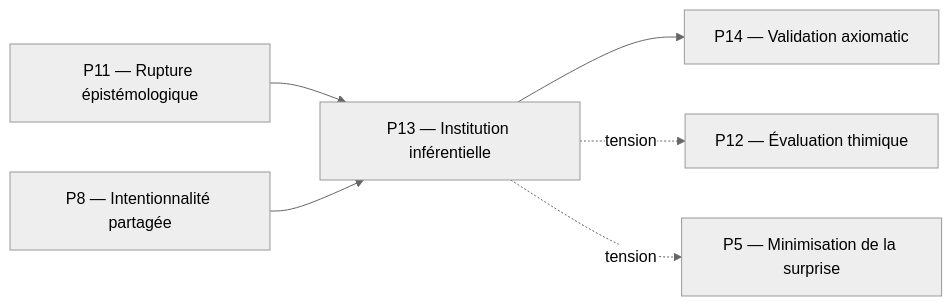
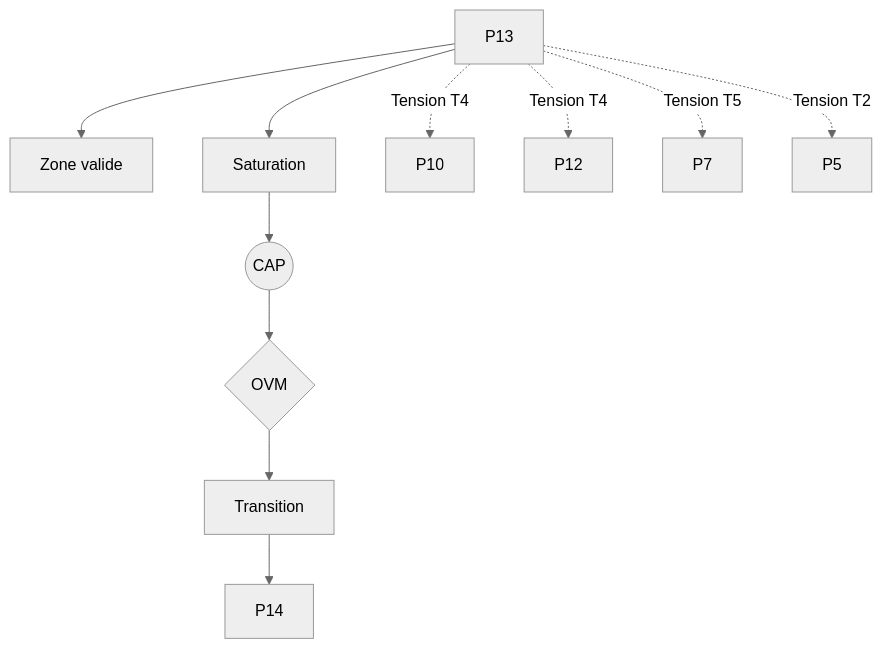
One commit to newgeko/protokin changed the diagram in piliers/P13_institution_inferentielle_brandom.md. Above: the diagram before and after it, drawn with Mermaid (neutral theme). The commit also changed other lines of this file, not shown here.

````diff
--- a/piliers/P13_institution_inferentielle_brandom.md
+++ b/piliers/P13_institution_inferentielle_brandom.md
@@ -58,11 +314,19 @@
 ```mermaid
-graph LR
-    P13[P13 — Institution inférentielle]
+graph TD
 
-    P11[P11 — Rupture épistémologique] --> P13
-    P8[P8 — Intentionnalité partagée] --> P13
-    P13 --> P14[P14 — Validation axiomatic]
-    P13 -. tension .-> P12[P12 — Évaluation thimique]
-    P13 -. tension .-> P5[P5 — Minimisation de la surprise]
+P[P13]
 
+P --> V[Zone valide]
+P --> S[Saturation]
+
+S --> CAP((CAP))
+CAP --> OVM{OVM}
+OVM --> T[Transition]
+
+T --> P14[P14]
+
+P -. Tension T4 .-> P10[P10]
+P -. Tension T4 .-> P12[P12]
+P -. Tension T5 .-> P7[P7]
+P -. Tension T2 .-> P5[P5]
 ```
````
